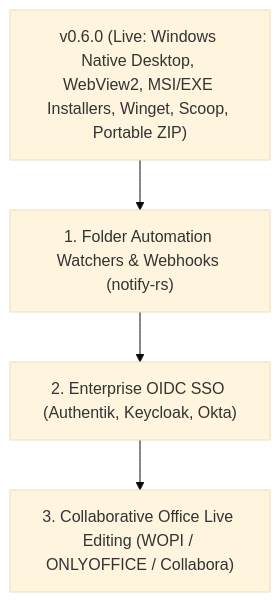
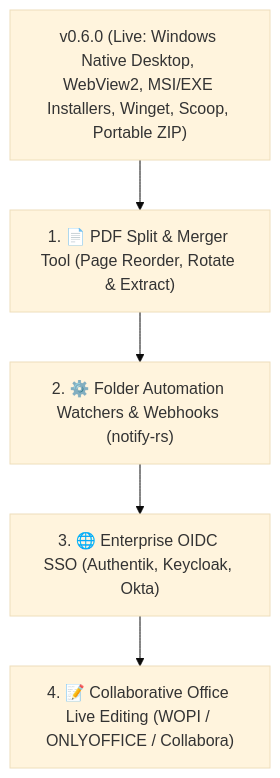
Before and after one commit to Woofson/commanderdog: the diagram in ROADMAP.md, drawn with Mermaid (base theme). The commit also changed other lines of this file, not shown here.

Commit message:
docs(roadmap): add PDF Split and Merger tool to v0.6.5 milestone

````diff
--- a/ROADMAP.md
+++ b/ROADMAP.md
@@ -51,6 +51,7 @@
 ```mermaid
 graph TD
-    A["v0.6.0 (Live: Windows Native Desktop, WebView2, MSI/EXE Installers, Winget, Scoop, Portable ZIP)"] --> B["1. Folder Automation Watchers & Webhooks (notify-rs)"]
-    B --> C["2. Enterprise OIDC SSO (Authentik, Keycloak, Okta)"]
-    C --> D["3. Collaborative Office Live Editing (WOPI / ONLYOFFICE / Collabora)"]
+    A["v0.6.0 (Live: Windows Native Desktop, WebView2, MSI/EXE Installers, Winget, Scoop, Portable ZIP)"] --> B["1. 📄 PDF Split & Merger Tool (Page Reorder, Rotate & Extract)"]
+    B --> C["2. ⚙️ Folder Automation Watchers & Webhooks (notify-rs)"]
+    C --> D["3. 🌐 Enterprise OIDC SSO (Authentik, Keycloak, Okta)"]
+    D --> E["4. 📝 Collaborative Office Live Editing (WOPI / ONLYOFFICE / Collabora)"]
 ```
````
